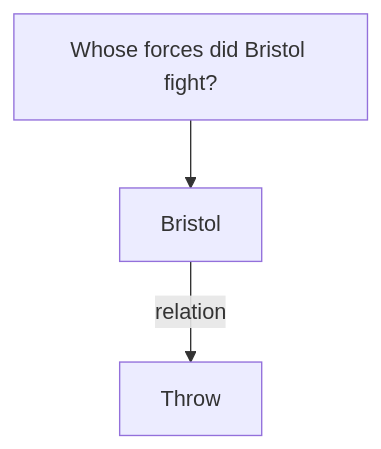
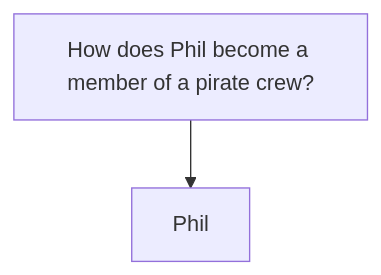
Before and after one commit to shravanikalmali/Hallucinating_llamas_end_submission: the diagram in results/c8e25c068b7c8a00ba00096e73ce7ea893c69aba/Question_3/query_graph.mermaid, drawn with Mermaid. The commit also changed 81 other files, not shown here.

```diff
--- a/results/c8e25c068b7c8a00ba00096e73ce7ea893c69aba/Question_3/query_graph.mermaid
+++ b/results/c8e25c068b7c8a00ba00096e73ce7ea893c69aba/Question_3/query_graph.mermaid
@@ -1,5 +1,3 @@
 graph TD
-    Q["Whose forces did Bristol fight?"]
-    Q --> Bristol["Bristol"]
-    Throw["Throw"]
-    Bristol -- "relation" --> Throw
+    Q["How does Phil become a member of a pirate crew?"]
+    Q --> Phil["Phil"]
```
